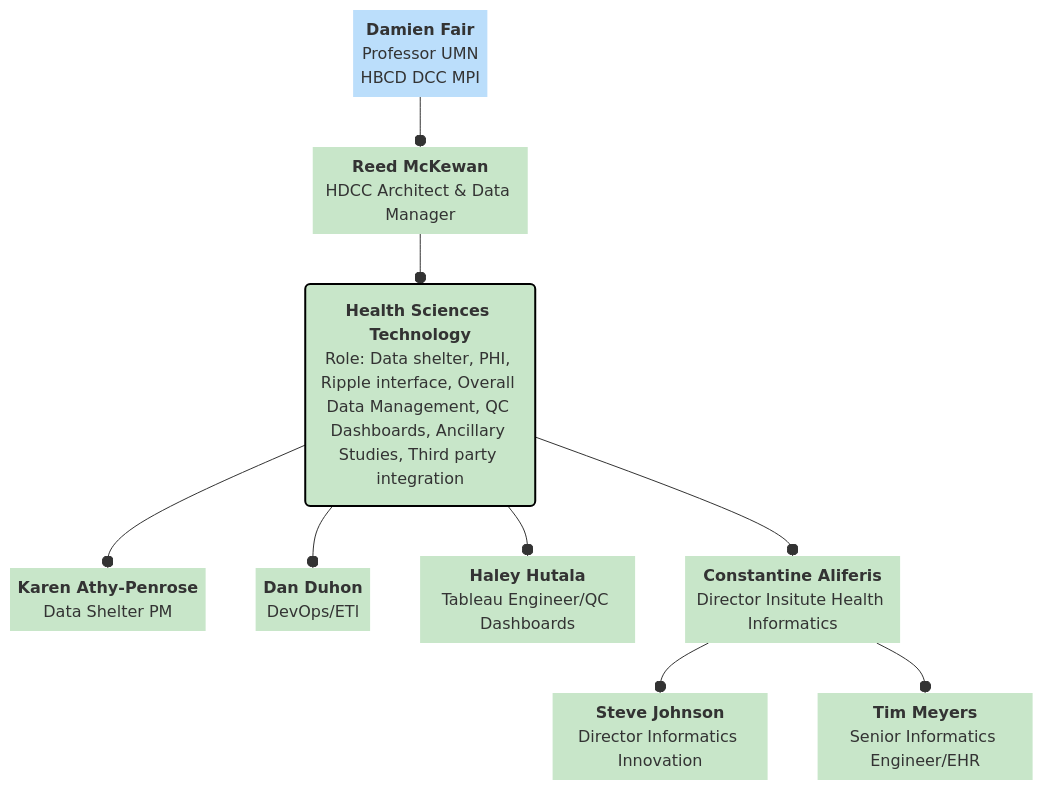
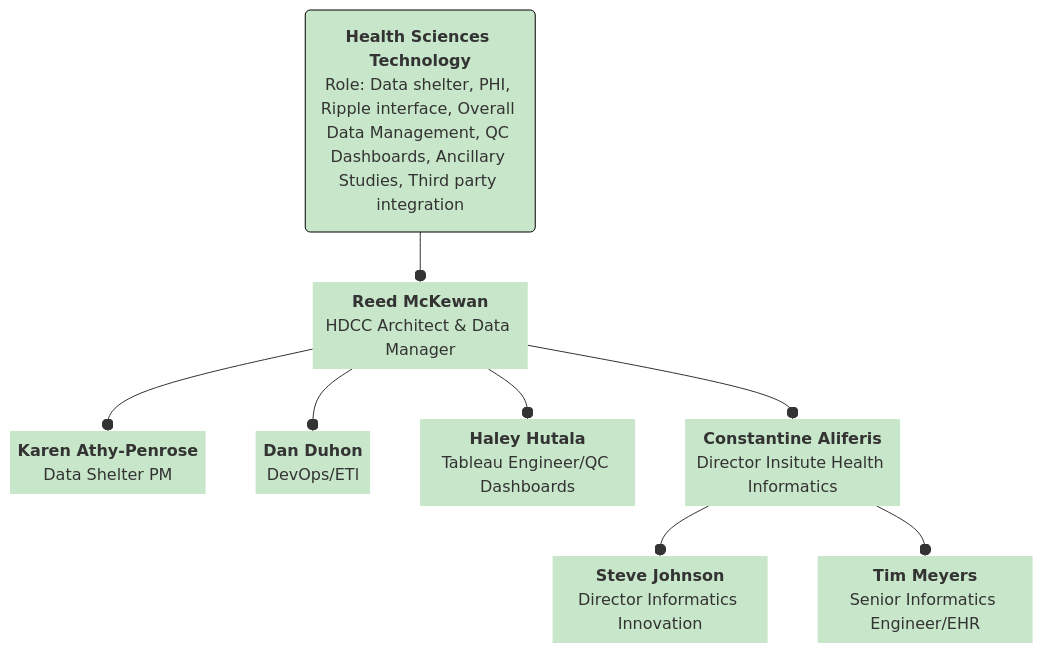
One commit to DCAN-Labs/hbcd-docs-internal changed the fourth of 5 diagrams in docs/orgcharts.md. Above: the diagram before and after it, drawn with Mermaid.

Commit message:
update HST

````diff
--- a/docs/orgcharts.md
+++ b/docs/orgcharts.md
@@ -346,29 +346,26 @@
 ```mermaid
 ---
 config:
   layout: dagre
 ---
 flowchart TB
-    A0["<b>Damien Fair</b><br>Professor UMN<br>HBCD DCC MPI"] --o A["<b>Reed McKewan</b><br>HDCC Architect &amp; Data Manager"]
-    A --o B["<b>Health Sciences Technology</b><br>Role: Data shelter, PHI, Ripple interface, Overall Data Management, QC Dashboards, Ancillary Studies, Third party integration"]
+    A["<b>Health Sciences Technology</b><br>Role: Data shelter, PHI, Ripple interface, Overall Data Management, QC Dashboards, Ancillary Studies, Third party integration"] --o B["<b>Reed McKewan</b><br>HDCC Architect &amp; Data Manager"]
     B --o E["<b>Karen Athy-Penrose</b><br>Data Shelter PM"] & F["<b>Dan Duhon</b><br>DevOps/ETl"] & G["<b>Haley Hutala</b><br>Tableau Engineer/QC Dashboards"] & H["<b>Constantine Aliferis</b><br>Director Insitute Health Informatics"]
     H --o I["<b>Steve Johnson</b><br>Director Informatics Innovation"] & J["<b>Tim Meyers</b><br>Senior Informatics Engineer/EHR"]
-    A0@{ shape: text}
-    A@{ shape: text}
-    B@{ shape: rounded}
+    A@{ shape: rounded}
+    B@{ shape: text}
     E@{ shape: text}
     F@{ shape: text}
     G@{ shape: text}
     H@{ shape: text}
     I@{ shape: text}
     J@{ shape: text}
-    style A0 fill:#BBDEFB
-    style A fill:#C8E6C9
-    style B fill:#C8E6C9,stroke-width:2px,stroke-dasharray: 0,stroke:#000000
+    style A fill:#C8E6C9,stroke:#000000
+    style B fill:#C8E6C9,stroke-width:2px,stroke-dasharray: 0,stroke:none
     style E fill:#C8E6C9
     style F fill:#C8E6C9
     style G fill:#C8E6C9
     style H fill:#C8E6C9
     style I fill:#C8E6C9
     style J fill:#C8E6C9
 ```
````
